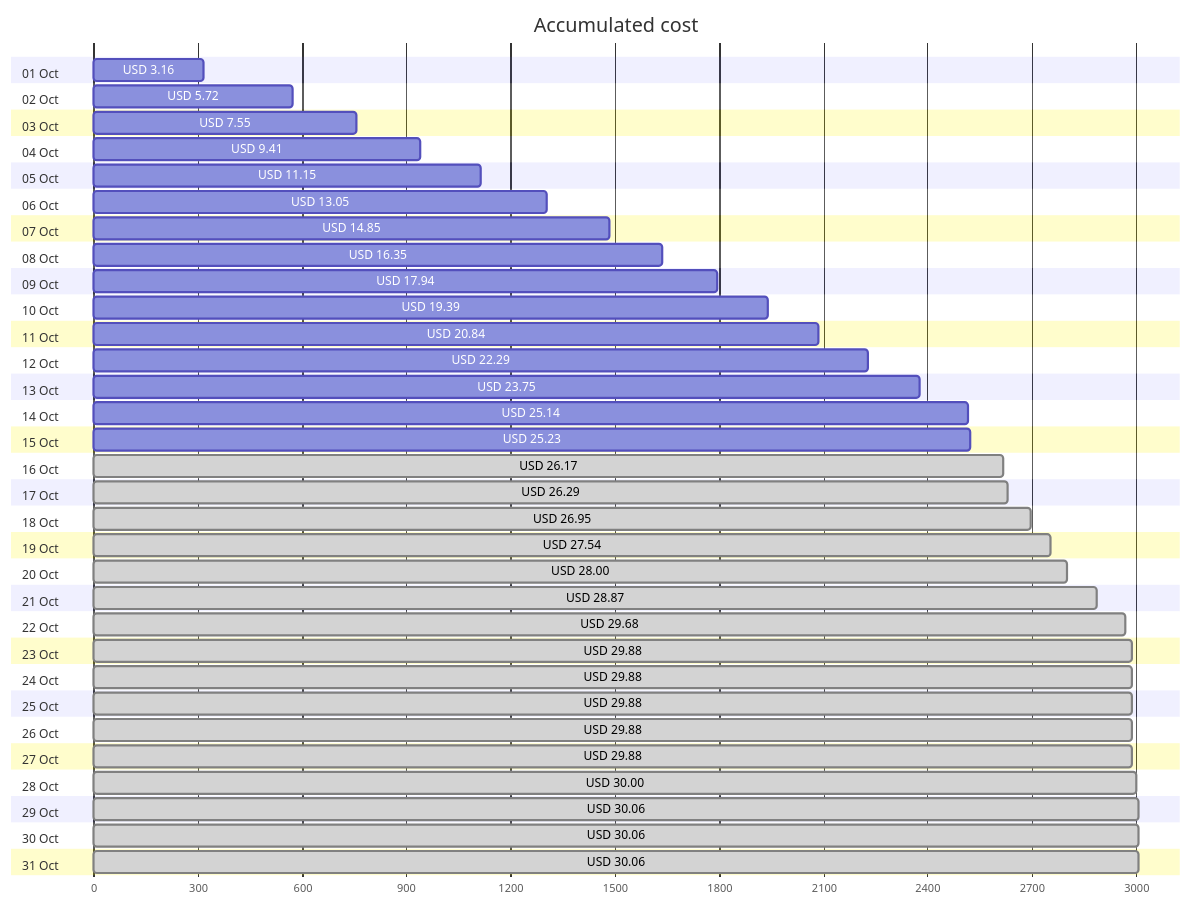
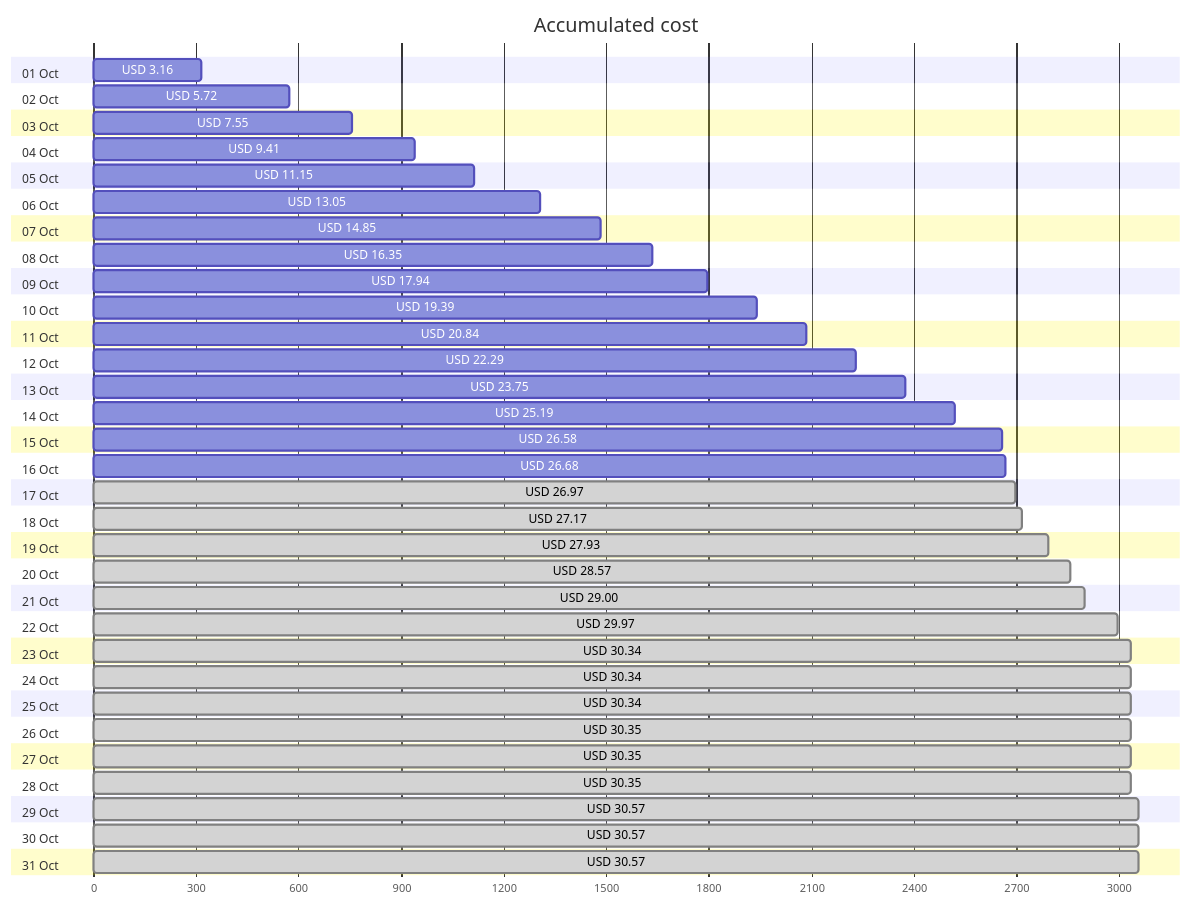
One commit to jpfulton/azure-personal-reports changed the first of 4 diagrams in cost-reports/personal-network/README.md. Above: the diagram before and after it, drawn with Mermaid. The commit also changed other lines of this file and 8 other files, not shown here.

````diff
--- a/cost-reports/personal-network/README.md
+++ b/cost-reports/personal-network/README.md
@@ -20,68 +20,68 @@
 ```mermaid
 gantt
    title Accumulated cost
    dateFormat  X
    axisFormat %s
    section 01 Oct
    USD 3.16 :0, 316
    section 02 Oct
    USD 5.72 :0, 572
    section 03 Oct
    USD 7.55 :0, 755
    section 04 Oct
    USD 9.41 :0, 941
    section 05 Oct
    USD 11.15 :0, 1115
    section 06 Oct
    USD 13.05 :0, 1305
    section 07 Oct
    USD 14.85 :0, 1485
    section 08 Oct
    USD 16.35 :0, 1635
    section 09 Oct
    USD 17.94 :0, 1794
    section 10 Oct
    USD 19.39 :0, 1939
    section 11 Oct
    USD 20.84 :0, 2084
    section 12 Oct
    USD 22.29 :0, 2229
    section 13 Oct
    USD 23.75 :0, 2375
    section 14 Oct
-   USD 25.14 :0, 2514
+   USD 25.19 :0, 2519
    section 15 Oct
-   USD 25.23 :0, 2523
+   USD 26.58 :0, 2658
    section 16 Oct
-   USD 26.17 : done, 0, 2617
+   USD 26.68 :0, 2668
    section 17 Oct
-   USD 26.29 : done, 0, 2629
+   USD 26.97 : done, 0, 2697
    section 18 Oct
-   USD 26.95 : done, 0, 2695
+   USD 27.17 : done, 0, 2717
    section 19 Oct
-   USD 27.54 : done, 0, 2754
+   USD 27.93 : done, 0, 2793
    section 20 Oct
-   USD 28.00 : done, 0, 2800
+   USD 28.57 : done, 0, 2857
    section 21 Oct
-   USD 28.87 : done, 0, 2887
+   USD 29.00 : done, 0, 2900
    section 22 Oct
-   USD 29.68 : done, 0, 2968
+   USD 29.97 : done, 0, 2997
    section 23 Oct
-   USD 29.88 : done, 0, 2988
+   USD 30.34 : done, 0, 3034
    section 24 Oct
-   USD 29.88 : done, 0, 2988
+   USD 30.34 : done, 0, 3034
    section 25 Oct
-   USD 29.88 : done, 0, 2988
+   USD 30.34 : done, 0, 3034
    section 26 Oct
-   USD 29.88 : done, 0, 2988
+   USD 30.35 : done, 0, 3035
    section 27 Oct
-   USD 29.88 : done, 0, 2988
+   USD 30.35 : done, 0, 3035
    section 28 Oct
-   USD 30.00 : done, 0, 3000
+   USD 30.35 : done, 0, 3035
    section 29 Oct
-   USD 30.06 : done, 0, 3006
+   USD 30.57 : done, 0, 3057
    section 30 Oct
-   USD 30.06 : done, 0, 3006
+   USD 30.57 : done, 0, 3057
    section 31 Oct
-   USD 30.06 : done, 0, 3006
+   USD 30.57 : done, 0, 3057
 ```
````
